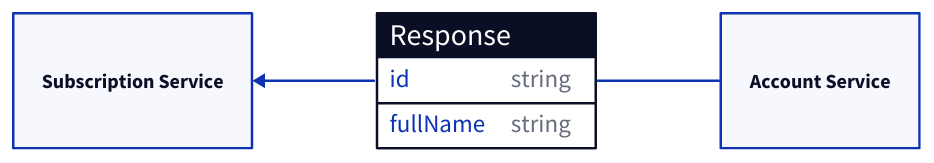
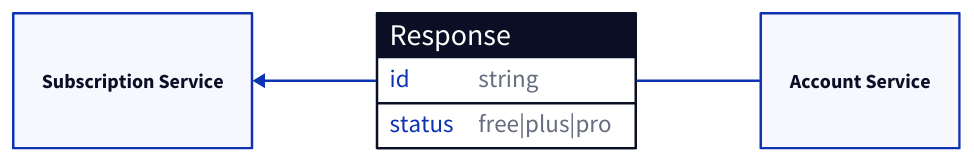
One commit to link1905/system-design-101 changed the ninth of 15 diagrams in content/web-service/microservice.md. Above: the diagram before and after it, drawn with D2. The commit also changed other lines of this file and 13 other files, not shown here.

````diff
--- a/content/web-service/microservice.md
+++ b/content/web-service/microservice.md
@@ -438,18 +418,18 @@
 ```d2
 grid-rows: 1
 horizontal-gap: 100
 direction: right
 a: Subscription Service {
     class: server
 }
 r: Response {
   shape: sql_table
   id: string
-  fullName: string
+  status: free|plus|pro
 }
 b: Account Service {
     class: server
 }
 a <- r
 r -- b
 ```
````
